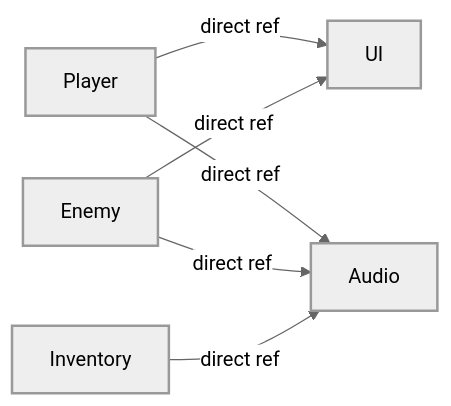
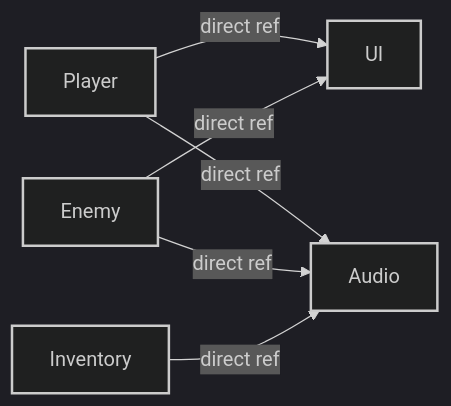
The first of 7 diagrams in docs/getting-started/visual-guide.md (wallstop/DxMessaging), drawn with Mermaid before and after one commit. The commit also changed other lines of this file and 24 other files, not shown here.

Commit message:
Mermaid overhaul, change most test assemblies to be editor

````diff
--- a/docs/getting-started/visual-guide.md
+++ b/docs/getting-started/visual-guide.md
@@ -9,20 +9,20 @@
 ```mermaid
-%%{init: {'theme': 'neutral'}}%%
-graph LR
+%%{init: {'theme': 'dark'}}%%
+flowchart LR
     Player[Player]
     Enemy[Enemy]
     Inventory[Inventory]
     UI[UI]
     Audio[Audio]
 
     Player -->|direct ref| UI
     Player -->|direct ref| Audio
     Enemy -->|direct ref| UI
     Enemy -->|direct ref| Audio
     Inventory -->|direct ref| Audio
 
     classDef danger stroke-width:2px
     class Player,Enemy,Inventory danger
     classDef success stroke-width:2px
     class UI,Audio success
 ```
````
